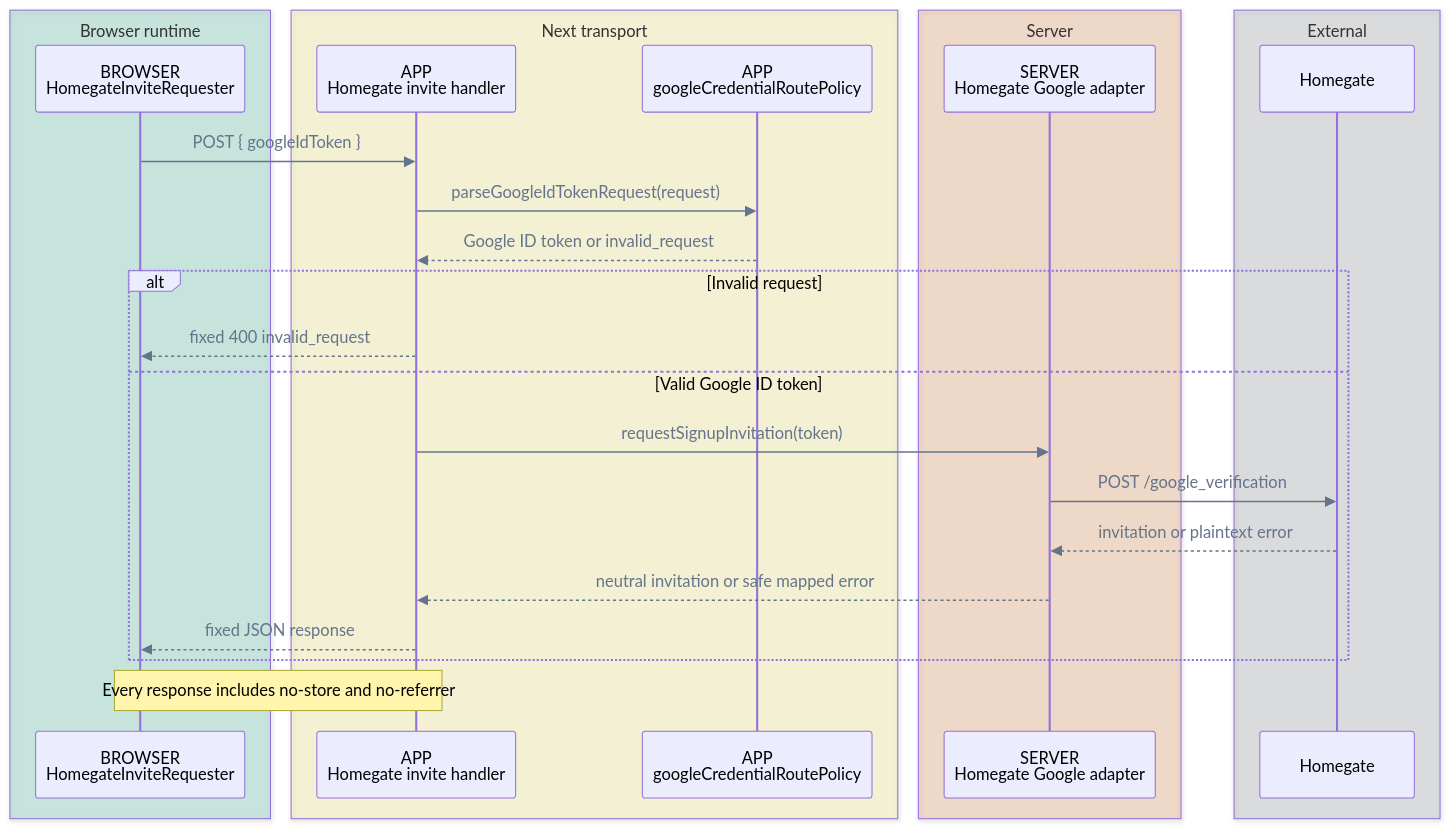
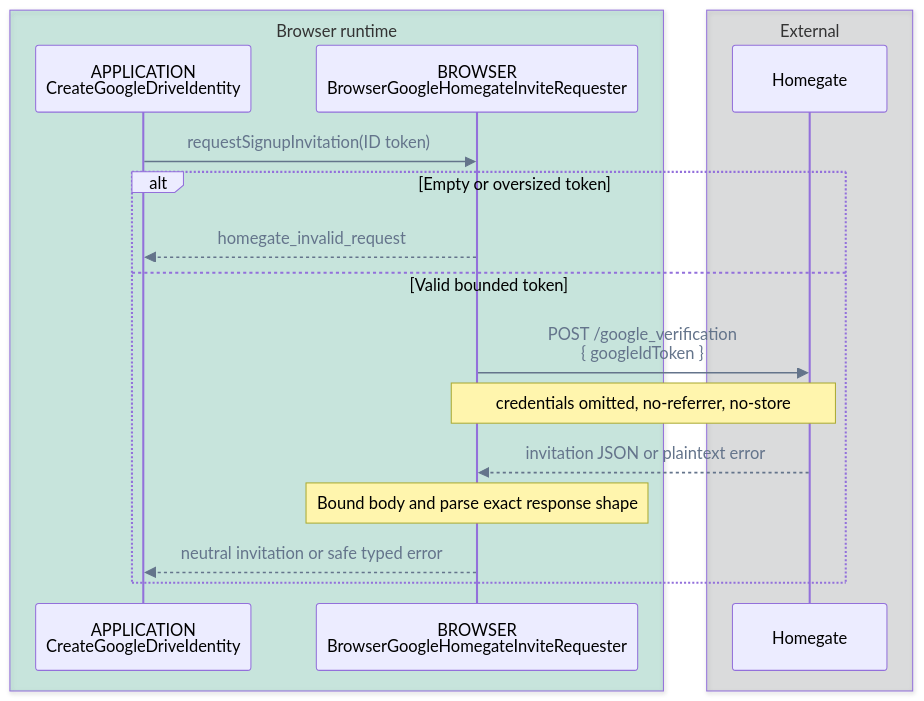
Diagram 14 of 14 in FLOWS.md (pubky/pubky-passport), drawn with Mermaid before and after one commit. The commit also changed other lines of this file and 40 other files, not shown here.

Commit message:
refactor: move homegate-invite from server into browser code

````diff
--- a/FLOWS.md
+++ b/FLOWS.md
@@ -785,33 +782,24 @@
 ```mermaid
 %%{init: {"themeVariables": {"signalColor": "#64748B", "signalTextColor": "#64748B"}}}%%
 sequenceDiagram
-    accTitle: Homegate invitation API call flow
-    accDescr: The route forwards only the Google ID token to Homegate and maps the invitation or error to a fixed browser response.
+    accTitle: Direct browser Homegate invitation call flow
+    accDescr: The browser adapter sends only the Google ID token directly to configured Homegate, then bounds and maps the invitation or plaintext error to a safe application result.
     box rgba(0, 158, 115, 0.18) Browser runtime
-        participant Browser as BROWSER<br/>HomegateInviteRequester
-    end
-    box rgba(240, 228, 66, 0.18) Next transport
-        participant Handler as APP<br/>Homegate invite handler
-        participant Policy as APP<br/>googleCredentialRoutePolicy
-    end
-    box rgba(213, 94, 0, 0.18) Server
-        participant Adapter as SERVER<br/>Homegate Google adapter
+        participant UseCase as APPLICATION<br/>CreateGoogleDriveIdentity
+        participant Adapter as BROWSER<br/>BrowserGoogleHomegateInviteRequester
     end
     box rgba(17, 24, 39, 0.12) External
         participant Homegate as Homegate
     end
 
-    Browser->>Handler: POST { googleIdToken }
-    Handler->>Policy: parseGoogleIdTokenRequest(request)
-    Policy-->>Handler: Google ID token or invalid_request
-    alt Invalid request
-        Handler-->>Browser: fixed 400 invalid_request
-    else Valid Google ID token
-        Handler->>Adapter: requestSignupInvitation(token)
-        Adapter->>Homegate: POST /google_verification
-        Homegate-->>Adapter: invitation or plaintext error
-        Adapter-->>Handler: neutral invitation or safe mapped error
-        Handler-->>Browser: fixed JSON response
+    UseCase->>Adapter: requestSignupInvitation(ID token)
+    alt Empty or oversized token
+        Adapter-->>UseCase: homegate_invalid_request
+    else Valid bounded token
+        Adapter->>Homegate: POST /google_verification<br/>{ googleIdToken }
+        Note over Adapter,Homegate: credentials omitted, no-referrer, no-store
+        Homegate-->>Adapter: invitation JSON or plaintext error
+        Note over Adapter: Bound body and parse exact response shape
+        Adapter-->>UseCase: neutral invitation or safe typed error
     end
-    Note over Handler,Browser: Every response includes no-store and no-referrer
 ```
````
